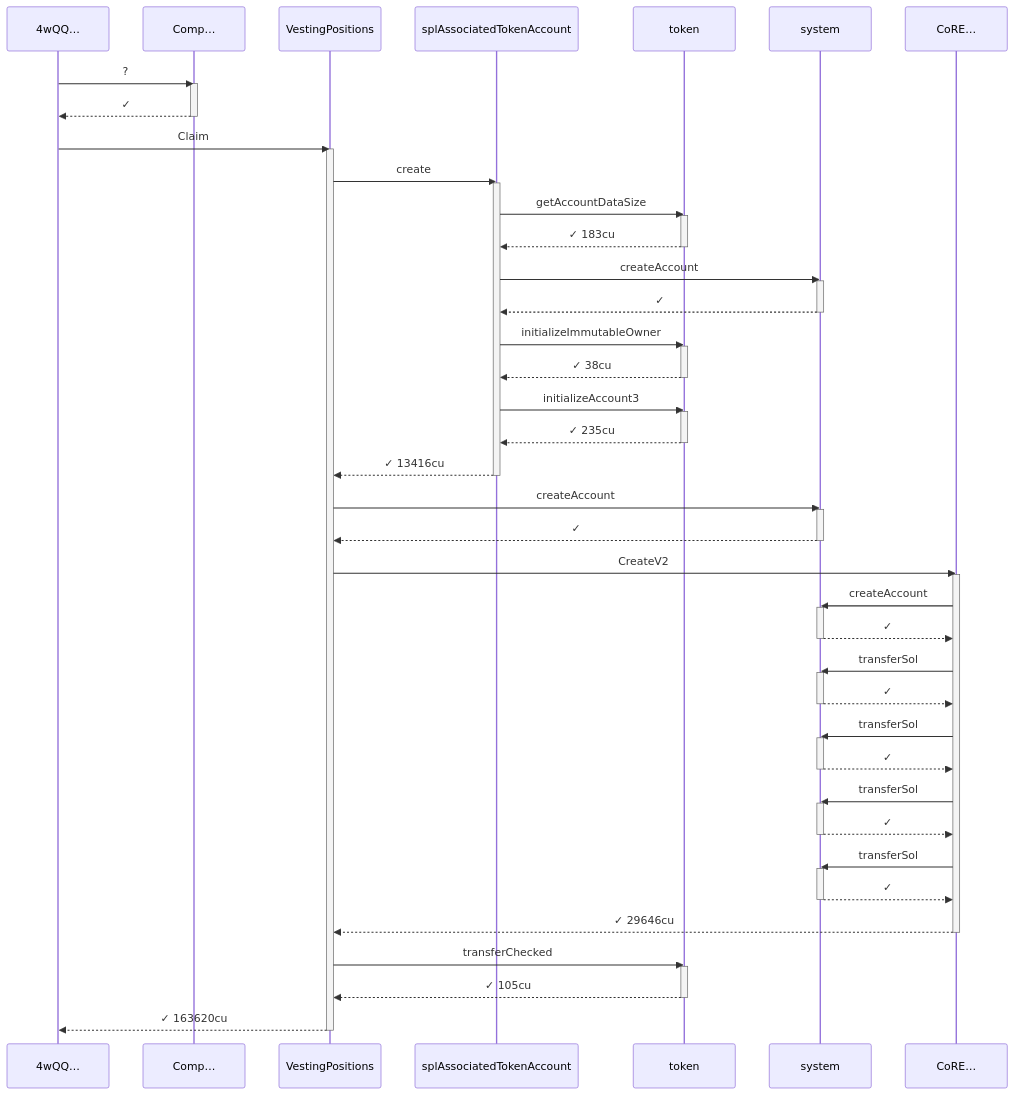
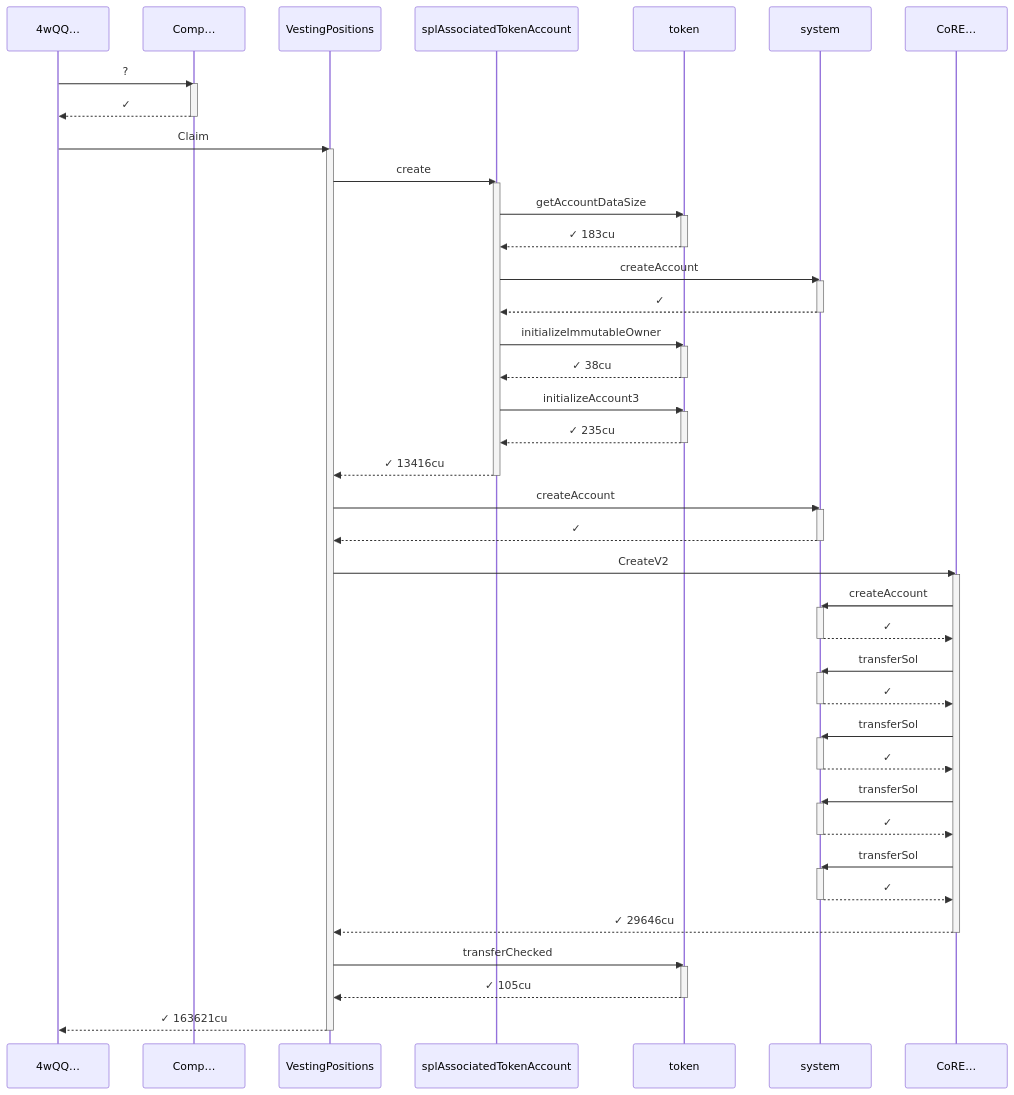
The first of 3 diagrams in babelfish-tests/test-report/at_cliff_releases_cliff_bps.md (cds-turbin3/vesting-position), drawn with Mermaid before and after one commit. The commit also changed other lines of this file and 50 other files, not shown here.

````diff
--- a/babelfish-tests/test-report/at_cliff_releases_cliff_bps.md
+++ b/babelfish-tests/test-report/at_cliff_releases_cliff_bps.md
@@ -5,70 +5,70 @@
 ```mermaid
 sequenceDiagram
     participant p0 as 4wQQ…
     participant p1 as Comp…
     participant p2 as VestingPositions
     participant p3 as splAssociatedTokenAccount
     participant p4 as token
     participant p5 as system
     participant p6 as CoRE…
     p0->>p1: ?
     activate p1
     p1-->>p0: ✓
     deactivate p1
     p0->>p2: Claim
     activate p2
     p2->>p3: create
     activate p3
     p3->>p4: getAccountDataSize
     activate p4
     p4-->>p3: ✓ 183cu
     deactivate p4
     p3->>p5: createAccount
     activate p5
     p5-->>p3: ✓
     deactivate p5
     p3->>p4: initializeImmutableOwner
     activate p4
     p4-->>p3: ✓ 38cu
     deactivate p4
     p3->>p4: initializeAccount3
     activate p4
     p4-->>p3: ✓ 235cu
     deactivate p4
     p3-->>p2: ✓ 13416cu
     deactivate p3
     p2->>p5: createAccount
     activate p5
     p5-->>p2: ✓
     deactivate p5
     p2->>p6: CreateV2
     activate p6
     p6->>p5: createAccount
     activate p5
     p5-->>p6: ✓
     deactivate p5
     p6->>p5: transferSol
     activate p5
     p5-->>p6: ✓
     deactivate p5
     p6->>p5: transferSol
     activate p5
     p5-->>p6: ✓
     deactivate p5
     p6->>p5: transferSol
     activate p5
     p5-->>p6: ✓
     deactivate p5
     p6->>p5: transferSol
     activate p5
     p5-->>p6: ✓
     deactivate p5
     p6-->>p2: ✓ 29646cu
     deactivate p6
     p2->>p4: transferChecked
     activate p4
     p4-->>p2: ✓ 105cu
     deactivate p4
-    p2-->>p0: ✓ 163620cu
+    p2-->>p0: ✓ 163621cu
     deactivate p2
 ```
````
